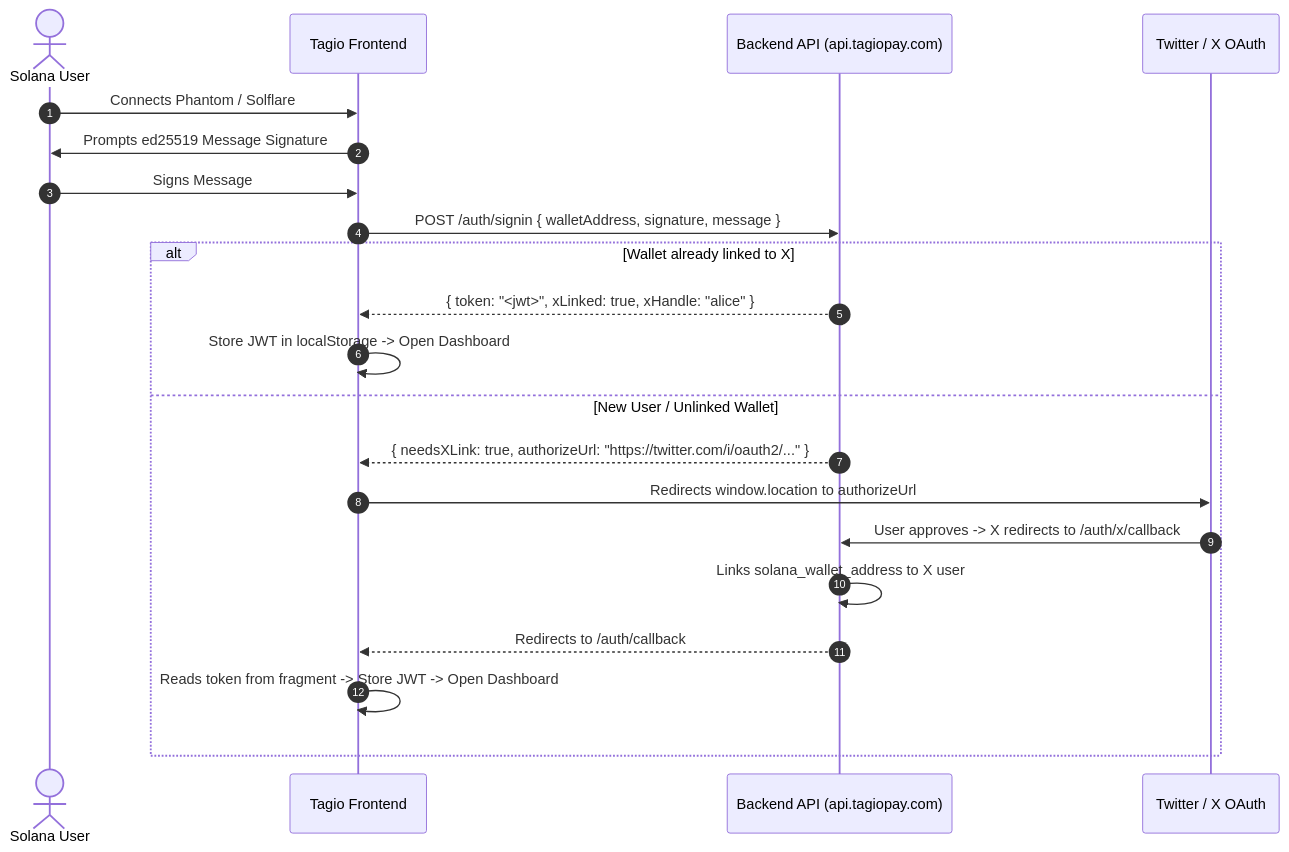
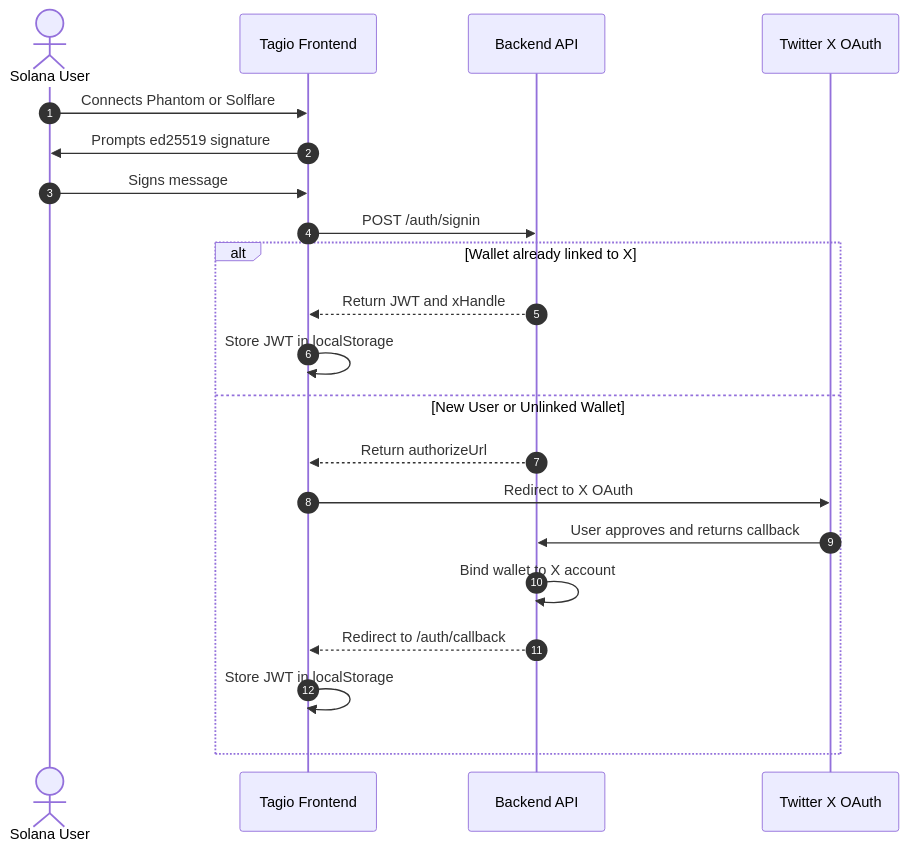
Before and after one commit to TagioFi/Tagio: the diagram in FRONTEND-INTEGRATION.md, drawn with Mermaid. The commit also changed 1 other file, not shown here.

Commit message:
docs(mermaid): fix mermaid syntax across docs for universal renderer compatibility

````diff
--- a/FRONTEND-INTEGRATION.md
+++ b/FRONTEND-INTEGRATION.md
@@ -77,24 +77,24 @@
 ```mermaid
 sequenceDiagram
     autonumber
     actor User as Solana User
     participant App as Tagio Frontend
-    participant API as Backend API (api.tagiopay.com)
-    participant X as Twitter / X OAuth
+    participant API as Backend API
+    participant X as Twitter X OAuth
 
-    User->>App: Connects Phantom / Solflare
-    App->>User: Prompts ed25519 Message Signature
-    User->>App: Signs Message
-    App->>API: POST /auth/signin { walletAddress, signature, message }
+    User->>App: Connects Phantom or Solflare
+    App->>User: Prompts ed25519 signature
+    User->>App: Signs message
+    App->>API: POST /auth/signin
     alt Wallet already linked to X
-        API-->>App: { token: "<jwt>", xLinked: true, xHandle: "alice" }
-        App->>App: Store JWT in localStorage -> Open Dashboard
-    else New User / Unlinked Wallet
-        API-->>App: { needsXLink: true, authorizeUrl: "https://twitter.com/i/oauth2/..." }
-        App->>X: Redirects window.location to authorizeUrl
-        X->>API: User approves -> X redirects to /auth/x/callback
-        API->>API: Links solana_wallet_address to X user
-        API-->>App: Redirects to /auth/callback#token=<jwt>
-        App->>App: Reads token from fragment -> Store JWT -> Open Dashboard
+        API-->>App: Return JWT and xHandle
+        App->>App: Store JWT in localStorage
+    else New User or Unlinked Wallet
+        API-->>App: Return authorizeUrl
+        App->>X: Redirect to X OAuth
+        X->>API: User approves and returns callback
+        API->>API: Bind wallet to X account
+        API-->>App: Redirect to /auth/callback#token=JWT
+        App->>App: Store JWT in localStorage
     end
 ```
````
